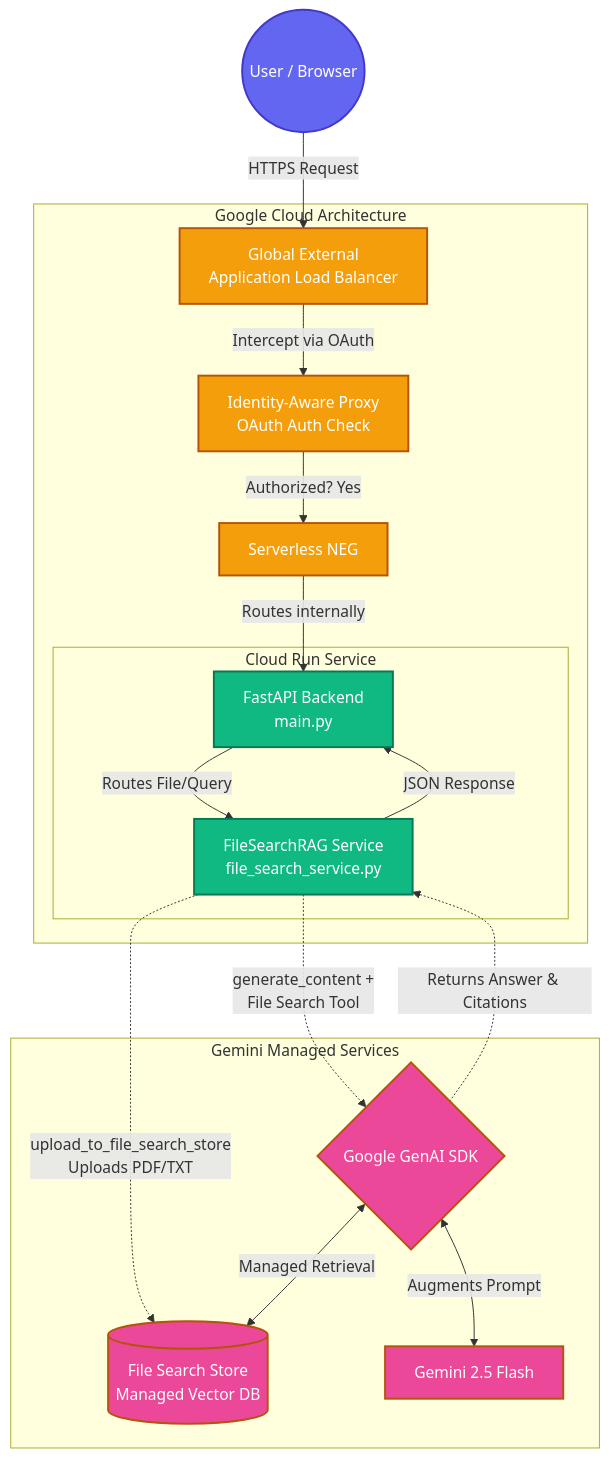
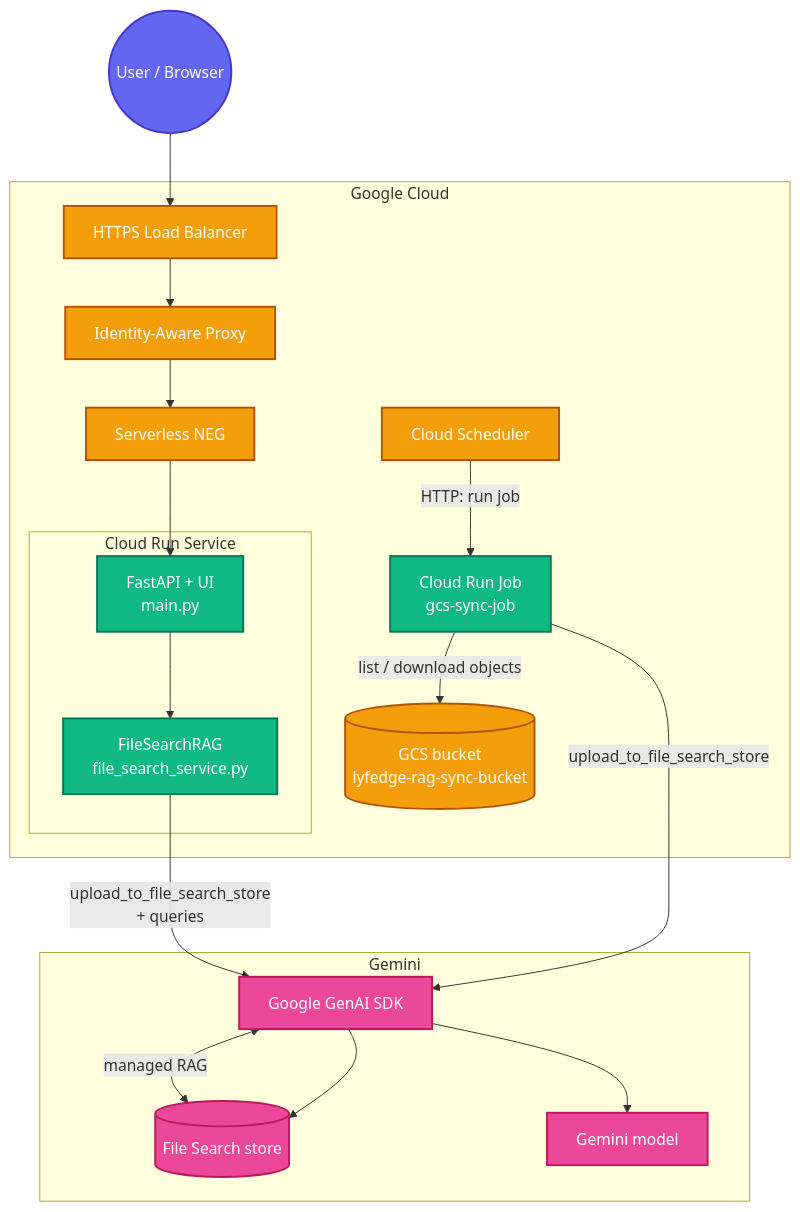
Before and after one commit to anudishu/RAG-FileSearch-Demo: the diagram in README.md, drawn with Mermaid. The commit also changed other lines of this file and 3 other files, not shown here.

First line of the commit message:
docs: README for GCS sync job, Cloud Run Job, Scheduler, bucket

````diff
--- a/README.md
+++ b/README.md
@@ -23,42 +31,41 @@
 ```mermaid
 graph TD
     classDef user fill:#6366f1,stroke:#4338ca,color:white,stroke-width:2px;
     classDef gcpApp fill:#10b981,stroke:#047857,color:white,stroke-width:2px;
     classDef gcpInfra fill:#f59e0b,stroke:#b45309,color:white,stroke-width:2px;
-    classDef gcpAi fill:#ec4899,stroke:#b45309,color:white,stroke-width:2px;
+    classDef gcpAi fill:#ec4899,stroke:#be185d,color:white,stroke-width:2px;
 
     User((User / Browser)):::user
-    
-    subgraph Google Cloud Architecture
-        IAP[Identity-Aware Proxy\nOAuth Auth Check]:::gcpInfra
-        LB[Global External\nApplication Load Balancer]:::gcpInfra
+
+    subgraph Google Cloud
+        IAP[Identity-Aware Proxy]:::gcpInfra
+        LB[HTTPS Load Balancer]:::gcpInfra
         NEG[Serverless NEG]:::gcpInfra
-        
+
         subgraph Cloud Run Service
-            FastAPI[FastAPI Backend\nmain.py]:::gcpApp
-            FSS[FileSearchRAG Service\nfile_search_service.py]:::gcpApp
+            FastAPI[FastAPI + UI\nmain.py]:::gcpApp
+            FSS[FileSearchRAG\nfile_search_service.py]:::gcpApp
         end
+
+        GCS[(GCS bucket\nlyfedge-rag-sync-bucket)]:::gcpInfra
+        Scheduler[Cloud Scheduler]:::gcpInfra
+        Job[Cloud Run Job\ngcs-sync-job]:::gcpApp
     end
 
-    subgraph Gemini Managed Services
-        GeminiAPI{Google GenAI SDK}:::gcpAi
-        VectorStore[(File Search Store\nManaged Vector DB)]:::gcpAi
-        LLM[Gemini 2.5 Flash]:::gcpAi
+    subgraph Gemini
+        GenAI[Google GenAI SDK]:::gcpAi
+        Store[(File Search store)]:::gcpAi
+        LLM[Gemini model]:::gcpAi
     end
 
-    User -->|HTTPS Request| LB
-    LB -->|Intercept via OAuth| IAP
-    IAP -->|Authorized? Yes| NEG
-    NEG -->|Routes internally| FastAPI
-    
-    FastAPI -->|Routes File/Query| FSS
-    
-    FSS -.->|upload_to_file_search_store\nUploads PDF/TXT| VectorStore
-    FSS -.->|generate_content +\nFile Search Tool| GeminiAPI
-    
-    GeminiAPI <-->|Managed Retrieval| VectorStore
-    GeminiAPI <-->|Augments Prompt| LLM
-    
-    GeminiAPI -.->|Returns Answer & Citations| FSS
-    FSS -->|JSON Response| FastAPI
+    User --> LB --> IAP --> NEG --> FastAPI
+    FastAPI --> FSS
+    FSS -->|upload_to_file_search_store\n+ queries| GenAI
+    GenAI <-->|managed RAG| Store
+    GenAI --> LLM
+
+    Scheduler -->|HTTP: run job| Job
+    Job -->|list / download objects| GCS
+    Job -->|upload_to_file_search_store| GenAI
+    GenAI --> Store
 ```
````
